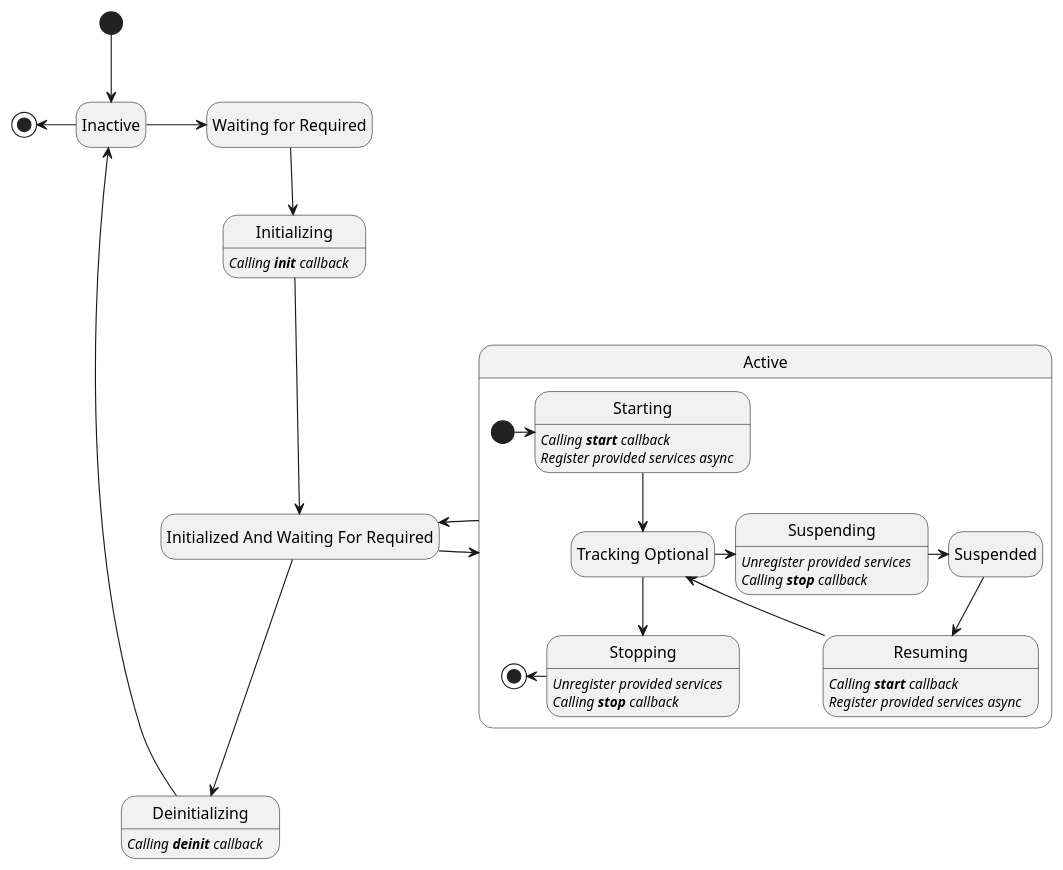
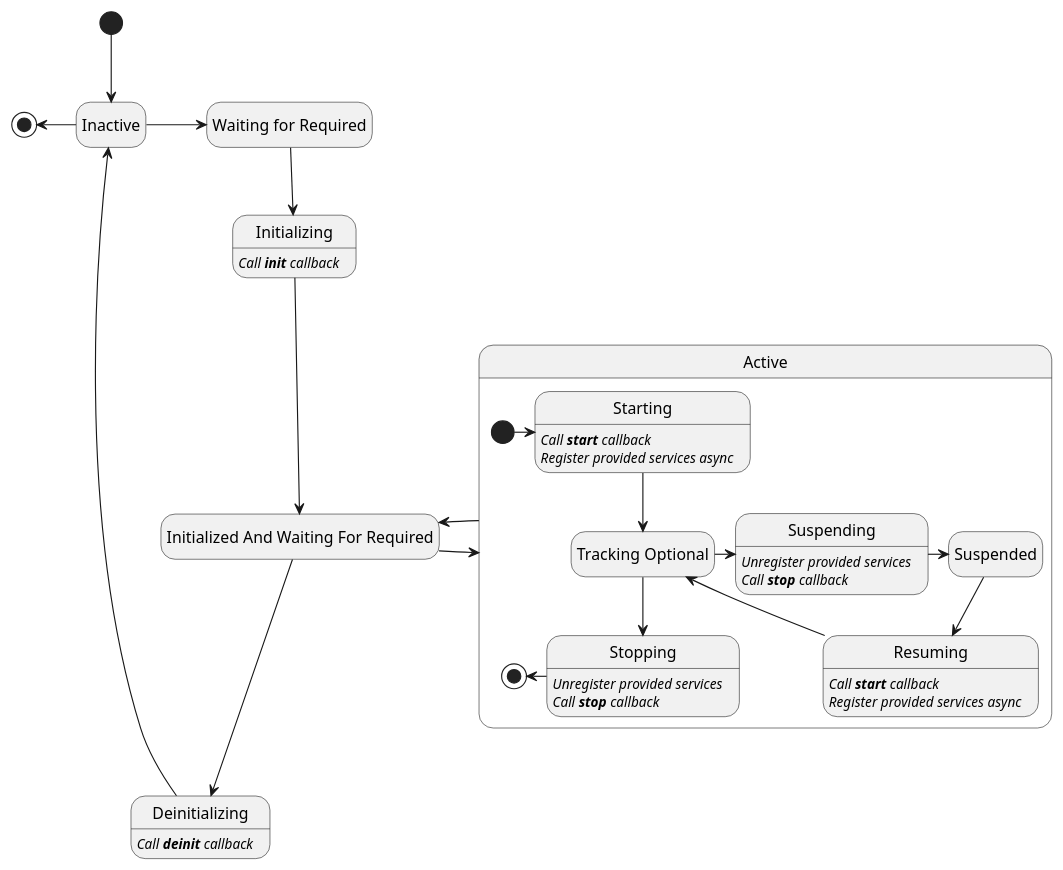
The diagram in documents/diagrams/component_lifecycle.puml (apache/celix), drawn with PlantUML before and after one commit. The commit also changed 2 other files, not shown here.

```diff
--- a/documents/diagrams/component_lifecycle.puml
+++ b/documents/diagrams/component_lifecycle.puml
@@ -16,41 +16,41 @@
 @startuml
 hide empty description
 state "Waiting for Required" as WaitingForRequired
 state "Initialized And Waiting For Required" as Initialized
 
 [*] -down-> Inactive
 Inactive -left-> [*]
 Inactive  -right-> WaitingForRequired
 WaitingForRequired -down-> Initializing
 Initializing -down-> Initialized
 
 state Active {
     state "Tracking Optional" as TrackingOptional
     [*] -> Starting
     Starting -down-> TrackingOptional
     TrackingOptional -> Suspending
     Suspending -> Suspended
     Suspended -> Resuming
     Resuming --> TrackingOptional
     TrackingOptional --> Stopping
     Stopping -left-> [*]
 }
 
 Initialized -> Active
 Active -> Initialized
 
 Initialized -down-> Deinitializing
 Deinitializing -down-> Inactive
 
-Initializing:   <i>Calling <b>init</b> callback</i>
-Starting:       <i>Calling <b>start</b> callback</i>
+Initializing:   <i>Call <b>init</b> callback</i>
+Starting:       <i>Call <b>start</b> callback</i>
 Starting:       <i>Register provided services async</i>
 Stopping:       <i>Unregister provided services</i>
-Stopping:       <i>Calling <b>stop</b> callback</i>
-Deinitializing: <i>Calling <b>deinit</b> callback</i>
+Stopping:       <i>Call <b>stop</b> callback</i>
+Deinitializing: <i>Call <b>deinit</b> callback</i>
 Suspending:     <i>Unregister provided services</i>
-Suspending:     <i>Calling <b>stop</b> callback</i>
-Resuming:       <i>Calling <b>start</b> callback</i>
+Suspending:     <i>Call <b>stop</b> callback</i>
+Resuming:       <i>Call <b>start</b> callback</i>
 Resuming:       <i>Register provided services async</i>
 
 @enduml
```
